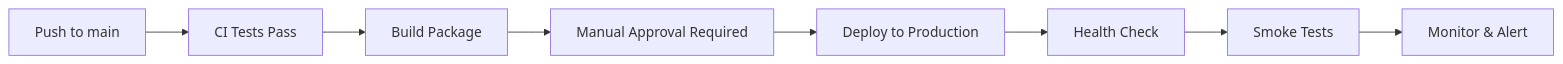
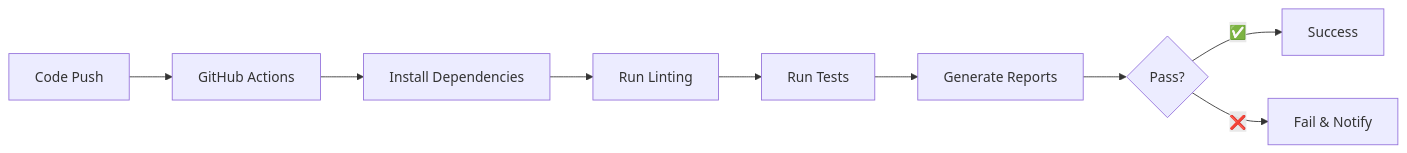
One commit to nishantnayar/MLTrading changed the diagram in docs/CI_CD_IMPLEMENTATION_GUIDE.md. Above: the diagram before and after it, drawn with Mermaid. The commit also changed other lines of this file and 8 other files, not shown here.

````diff
--- a/docs/CI_CD_IMPLEMENTATION_GUIDE.md
+++ b/docs/CI_CD_IMPLEMENTATION_GUIDE.md
@@ -398,10 +41,11 @@
 ```mermaid
 graph LR
-    A[Push to main] --> B[CI Tests Pass]
-    B --> C[Build Package] 
-    C --> D[Manual Approval Required]
-    D --> E[Deploy to Production]
-    E --> F[Health Check]
-    F --> G[Smoke Tests]
-    G --> H[Monitor & Alert]
+    A[Code Push] --> B[GitHub Actions]
+    B --> C[Install Dependencies]
+    C --> D[Run Linting]
+    D --> E[Run Tests]
+    E --> F[Generate Reports]
+    F --> G{Pass?}
+    G -->|✅| H[Success]
+    G -->|❌| I[Fail & Notify]
 ```
````
